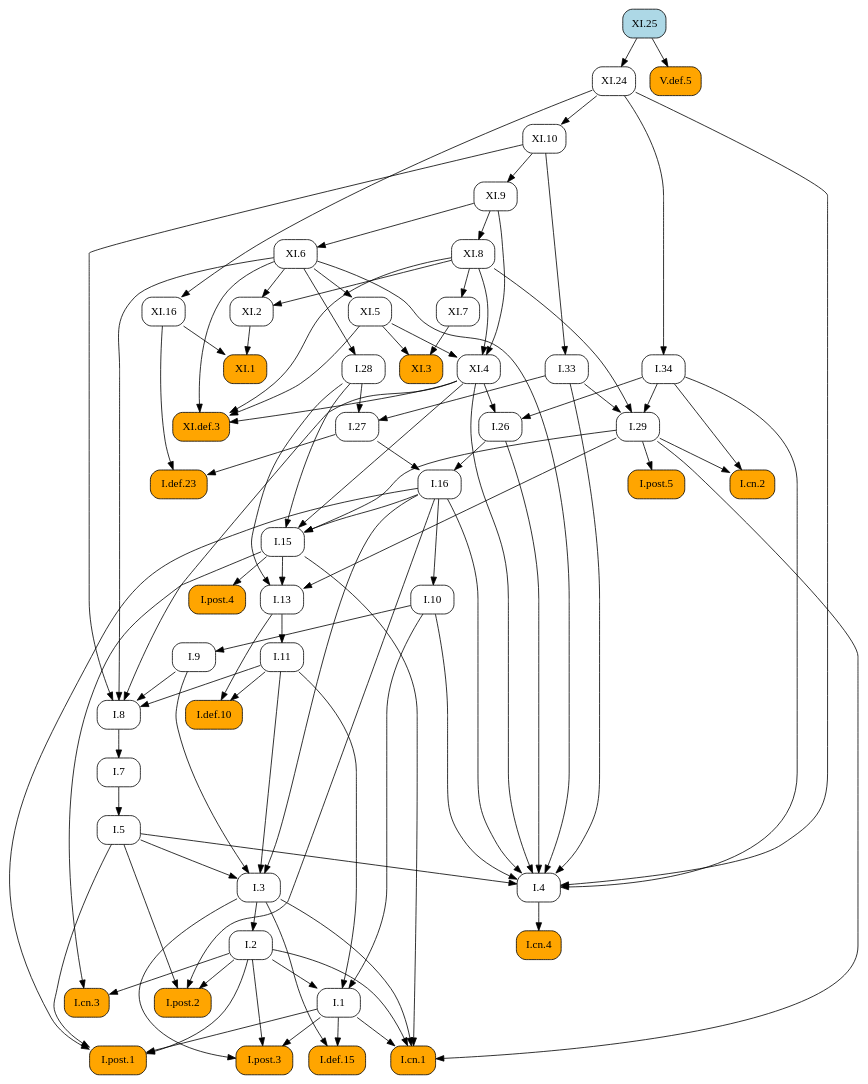
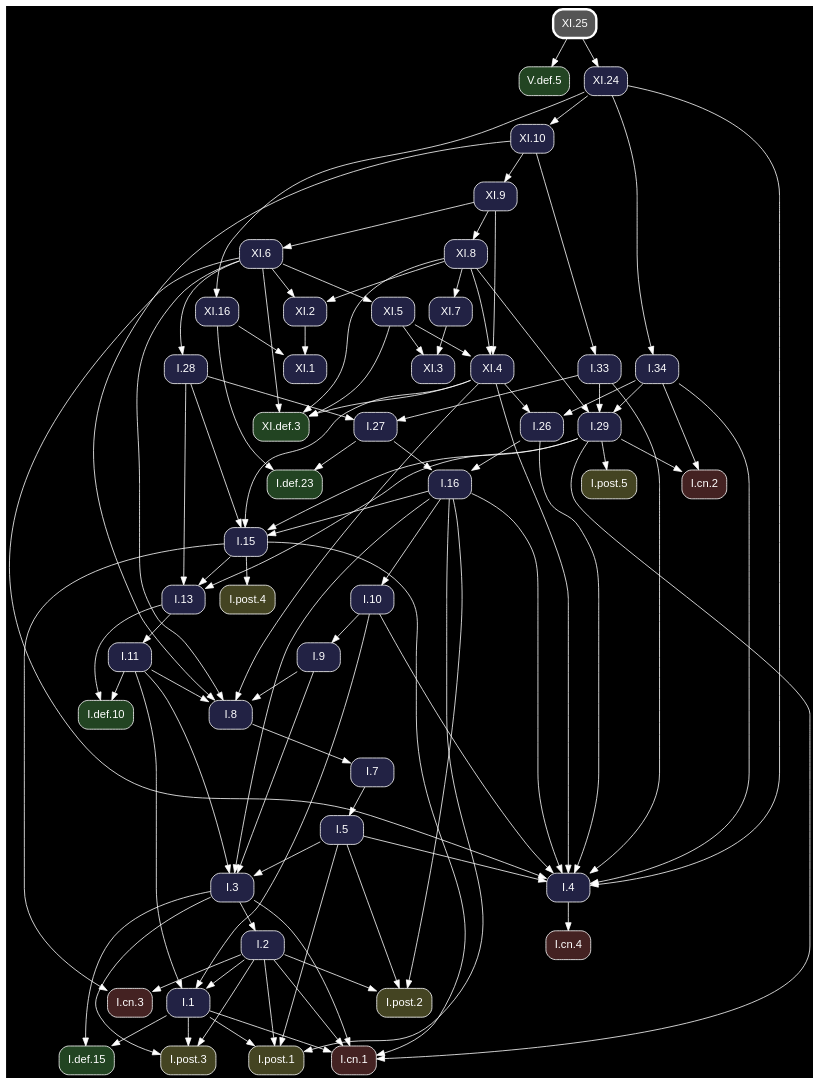
Before and after one commit to geometor/elements: the diagram in docsrc/heath/XI/25/index.rst, drawn with Graphviz. The commit also changed other lines of this file and 1200 other files, not shown here.

Commit message:
update dependency graphs

```diff
--- a/docsrc/heath/XI/25/index.rst
+++ b/docsrc/heath/XI/25/index.rst
@@ -46,102 +46,105 @@
 .. graphviz::
 
    digraph {
+     bgcolor="black";
+     node [shape=box, style="rounded,filled", fontname="Helvetica", color="white", fontcolor="white"];
+     edge [color="white", fontcolor="white"];
      rankdir="TB";
-     node [shape=box, style=rounded];
-     "I.9" [URL="/heath/I/9/", target="_top"];
-     "I.33" [URL="/heath/I/33/", target="_top"];
-     "XI.4" [URL="/heath/XI/4/", target="_top"];
-     "I.def.15" [style="rounded,filled", fillcolor=orange, URL="/heath/I/def.15/", target="_top"];
-     "XI.8" [URL="/heath/XI/8/", target="_top"];
-     "XI.24" [URL="/heath/XI/24/", target="_top"];
-     "XI.6" [URL="/heath/XI/6/", target="_top"];
-     "I.post.3" [style="rounded,filled", fillcolor=orange, URL="/heath/I/post.3/", target="_top"];
-     "I.post.1" [style="rounded,filled", fillcolor=orange, URL="/heath/I/post.1/", target="_top"];
-     "V.def.5" [style="rounded,filled", fillcolor=orange, URL="/heath/V/def.5/", target="_top"];
-     "XI.3" [style="rounded,filled", fillcolor=orange, URL="/heath/XI/3/", target="_top"];
-     "I.def.10" [style="rounded,filled", fillcolor=orange, URL="/heath/I/def.10/", target="_top"];
-     "XI.def.3" [style="rounded,filled", fillcolor=orange, URL="/heath/XI/def.3/", target="_top"];
-     "XI.10" [URL="/heath/XI/10/", target="_top"];
-     "I.27" [URL="/heath/I/27/", target="_top"];
-     "I.34" [URL="/heath/I/34/", target="_top"];
-     "XI.2" [URL="/heath/XI/2/", target="_top"];
-     "I.3" [URL="/heath/I/3/", target="_top"];
-     "XI.7" [URL="/heath/XI/7/", target="_top"];
-     "I.cn.1" [style="rounded,filled", fillcolor=orange, URL="/heath/I/cn.1/", target="_top"];
-     "I.7" [URL="/heath/I/7/", target="_top"];
-     "I.2" [URL="/heath/I/2/", target="_top"];
-     "I.13" [URL="/heath/I/13/", target="_top"];
-     "I.post.4" [style="rounded,filled", fillcolor=orange, URL="/heath/I/post.4/", target="_top"];
-     "I.4" [URL="/heath/I/4/", target="_top"];
-     "I.1" [URL="/heath/I/1/", target="_top"];
-     "XI.16" [URL="/heath/XI/16/", target="_top"];
-     "I.5" [URL="/heath/I/5/", target="_top"];
-     "I.8" [URL="/heath/I/8/", target="_top"];
-     "I.29" [URL="/heath/I/29/", target="_top"];
-     "I.cn.3" [style="rounded,filled", fillcolor=orange, URL="/heath/I/cn.3/", target="_top"];
-     "XI.5" [URL="/heath/XI/5/", target="_top"];
-     "I.16" [URL="/heath/I/16/", target="_top"];
-     "I.15" [URL="/heath/I/15/", target="_top"];
-     "I.10" [URL="/heath/I/10/", target="_top"];
-     "I.11" [URL="/heath/I/11/", target="_top"];
-     "I.def.23" [style="rounded,filled", fillcolor=orange, URL="/heath/I/def.23/", target="_top"];
-     "XI.9" [URL="/heath/XI/9/", target="_top"];
-     "I.cn.2" [style="rounded,filled", fillcolor=orange, URL="/heath/I/cn.2/", target="_top"];
-     "I.post.5" [style="rounded,filled", fillcolor=orange, URL="/heath/I/post.5/", target="_top"];
-     "I.28" [URL="/heath/I/28/", target="_top"];
-     "I.cn.4" [style="rounded,filled", fillcolor=orange, URL="/heath/I/cn.4/", target="_top"];
-     "XI.1" [style="rounded,filled", fillcolor=orange, URL="/heath/XI/1/", target="_top"];
-     "I.post.2" [style="rounded,filled", fillcolor=orange, URL="/heath/I/post.2/", target="_top"];
-     "I.26" [URL="/heath/I/26/", target="_top"];
-     "XI.25" [style="rounded,filled", fillcolor=lightblue, URL="/heath/XI/25/", target="_top"];
-     "I.10" -> "I.9";
-     "XI.10" -> "I.33";
-     "XI.5" -> "XI.4";
-     "XI.8" -> "XI.4";
-     "XI.9" -> "XI.4";
-     "I.1" -> "I.def.15";
-     "I.3" -> "I.def.15";
+     "V.def.5" [fillcolor="#224422", URL="/heath/V/def.5/", target="_top"];
+     "XI.7" [fillcolor="#222244", URL="/heath/XI/7/", target="_top"];
+     "XI.8" [fillcolor="#222244", URL="/heath/XI/8/", target="_top"];
+     "I.3" [fillcolor="#222244", URL="/heath/I/3/", target="_top"];
+     "I.cn.1" [fillcolor="#442222", URL="/heath/I/cn.1/", target="_top"];
+     "XI.def.3" [fillcolor="#224422", URL="/heath/XI/def.3/", target="_top"];
+     "I.def.10" [fillcolor="#224422", URL="/heath/I/def.10/", target="_top"];
+     "I.15" [fillcolor="#222244", URL="/heath/I/15/", target="_top"];
+     "XI.5" [fillcolor="#222244", URL="/heath/XI/5/", target="_top"];
+     "I.28" [fillcolor="#222244", URL="/heath/I/28/", target="_top"];
+     "I.13" [fillcolor="#222244", URL="/heath/I/13/", target="_top"];
+     "I.27" [fillcolor="#222244", URL="/heath/I/27/", target="_top"];
+     "I.2" [fillcolor="#222244", URL="/heath/I/2/", target="_top"];
+     "XI.3" [fillcolor="#222244", URL="/heath/XI/3/", target="_top"];
+     "I.cn.2" [fillcolor="#442222", URL="/heath/I/cn.2/", target="_top"];
+     "XI.1" [fillcolor="#222244", URL="/heath/XI/1/", target="_top"];
+     "I.9" [fillcolor="#222244", URL="/heath/I/9/", target="_top"];
+     "I.1" [fillcolor="#222244", URL="/heath/I/1/", target="_top"];
+     "I.post.5" [fillcolor="#444422", URL="/heath/I/post.5/", target="_top"];
+     "I.post.4" [fillcolor="#444422", URL="/heath/I/post.4/", target="_top"];
+     "I.26" [fillcolor="#222244", URL="/heath/I/26/", target="_top"];
+     "I.8" [fillcolor="#222244", URL="/heath/I/8/", target="_top"];
+     "I.4" [fillcolor="#222244", URL="/heath/I/4/", target="_top"];
+     "XI.24" [fillcolor="#222244", URL="/heath/XI/24/", target="_top"];
+     "I.7" [fillcolor="#222244", URL="/heath/I/7/", target="_top"];
+     "I.5" [fillcolor="#222244", URL="/heath/I/5/", target="_top"];
+     "XI.16" [fillcolor="#222244", URL="/heath/XI/16/", target="_top"];
+     "I.10" [fillcolor="#222244", URL="/heath/I/10/", target="_top"];
+     "I.post.1" [fillcolor="#444422", URL="/heath/I/post.1/", target="_top"];
+     "XI.25" [penwidth=3, color="white", fillcolor="#555555", URL="/heath/XI/25/", target="_top"];
+     "I.11" [fillcolor="#222244", URL="/heath/I/11/", target="_top"];
+     "I.16" [fillcolor="#222244", URL="/heath/I/16/", target="_top"];
+     "I.cn.3" [fillcolor="#442222", URL="/heath/I/cn.3/", target="_top"];
+     "XI.9" [fillcolor="#222244", URL="/heath/XI/9/", target="_top"];
+     "I.29" [fillcolor="#222244", URL="/heath/I/29/", target="_top"];
+     "I.post.2" [fillcolor="#444422", URL="/heath/I/post.2/", target="_top"];
+     "I.cn.4" [fillcolor="#442222", URL="/heath/I/cn.4/", target="_top"];
+     "I.def.23" [fillcolor="#224422", URL="/heath/I/def.23/", target="_top"];
+     "I.post.3" [fillcolor="#444422", URL="/heath/I/post.3/", target="_top"];
+     "I.33" [fillcolor="#222244", URL="/heath/I/33/", target="_top"];
+     "I.34" [fillcolor="#222244", URL="/heath/I/34/", target="_top"];
+     "XI.10" [fillcolor="#222244", URL="/heath/XI/10/", target="_top"];
+     "I.def.15" [fillcolor="#224422", URL="/heath/I/def.15/", target="_top"];
+     "XI.4" [fillcolor="#222244", URL="/heath/XI/4/", target="_top"];
+     "XI.2" [fillcolor="#222244", URL="/heath/XI/2/", target="_top"];
+     "XI.6" [fillcolor="#222244", URL="/heath/XI/6/", target="_top"];
+     "XI.25" -> "V.def.5";
+     "XI.8" -> "XI.7";
      "XI.9" -> "XI.8";
-     "XI.25" -> "XI.24";
-     "XI.9" -> "XI.6";
-     "I.1" -> "I.post.3";
-     "I.2" -> "I.post.3";
-     "I.3" -> "I.post.3";
-     "I.1" -> "I.post.1";
-     "I.2" -> "I.post.1";
-     "I.5" -> "I.post.1";
-     "I.16" -> "I.post.1";
-     "XI.25" -> "V.def.5";
-     "XI.5" -> "XI.3";
-     "XI.7" -> "XI.3";
-     "I.11" -> "I.def.10";
-     "I.13" -> "I.def.10";
-     "XI.4" -> "XI.def.3";
-     "XI.5" -> "XI.def.3";
-     "XI.6" -> "XI.def.3";
-     "XI.8" -> "XI.def.3";
-     "XI.24" -> "XI.10";
-     "I.28" -> "I.27";
-     "I.33" -> "I.27";
-     "XI.24" -> "I.34";
-     "XI.6" -> "XI.2";
-     "XI.8" -> "XI.2";
      "I.5" -> "I.3";
      "I.9" -> "I.3";
      "I.11" -> "I.3";
      "I.16" -> "I.3";
-     "XI.8" -> "XI.7";
      "I.1" -> "I.cn.1";
      "I.2" -> "I.cn.1";
      "I.3" -> "I.cn.1";
      "I.15" -> "I.cn.1";
      "I.29" -> "I.cn.1";
-     "I.8" -> "I.7";
-     "I.3" -> "I.2";
+     "XI.4" -> "XI.def.3";
+     "XI.5" -> "XI.def.3";
+     "XI.6" -> "XI.def.3";
+     "XI.8" -> "XI.def.3";
+     "I.11" -> "I.def.10";
+     "I.13" -> "I.def.10";
+     "I.16" -> "I.15";
+     "I.28" -> "I.15";
+     "I.29" -> "I.15";
+     "XI.4" -> "I.15";
+     "XI.6" -> "XI.5";
+     "XI.6" -> "I.28";
      "I.15" -> "I.13";
      "I.28" -> "I.13";
      "I.29" -> "I.13";
+     "I.28" -> "I.27";
+     "I.33" -> "I.27";
+     "I.3" -> "I.2";
+     "XI.5" -> "XI.3";
+     "XI.7" -> "XI.3";
+     "I.29" -> "I.cn.2";
+     "I.34" -> "I.cn.2";
+     "XI.2" -> "XI.1";
+     "XI.16" -> "XI.1";
+     "I.10" -> "I.9";
+     "I.2" -> "I.1";
+     "I.10" -> "I.1";
+     "I.11" -> "I.1";
+     "I.29" -> "I.post.5";
      "I.15" -> "I.post.4";
+     "I.34" -> "I.26";
+     "XI.4" -> "I.26";
+     "I.9" -> "I.8";
+     "I.11" -> "I.8";
+     "XI.4" -> "I.8";
+     "XI.6" -> "I.8";
+     "XI.10" -> "I.8";
      "I.5" -> "I.4";
      "I.10" -> "I.4";
      "I.16" -> "I.4";
@@ -151,43 +154,42 @@
      "XI.4" -> "I.4";
      "XI.6" -> "I.4";
      "XI.24" -> "I.4";
-     "I.2" -> "I.1";
-     "I.10" -> "I.1";
-     "I.11" -> "I.1";
+     "XI.25" -> "XI.24";
+     "I.8" -> "I.7";
+     "I.7" -> "I.5";
      "XI.24" -> "XI.16";
-     "I.7" -> "I.5";
-     "I.9" -> "I.8";
-     "I.11" -> "I.8";
-     "XI.4" -> "I.8";
-     "XI.6" -> "I.8";
-     "XI.10" -> "I.8";
+     "I.16" -> "I.10";
+     "I.1" -> "I.post.1";
+     "I.2" -> "I.post.1";
+     "I.5" -> "I.post.1";
+     "I.16" -> "I.post.1";
+     "I.13" -> "I.11";
+     "I.26" -> "I.16";
+     "I.27" -> "I.16";
+     "I.2" -> "I.cn.3";
+     "I.15" -> "I.cn.3";
+     "XI.10" -> "XI.9";
      "I.33" -> "I.29";
      "I.34" -> "I.29";
      "XI.8" -> "I.29";
-     "I.2" -> "I.cn.3";
-     "I.15" -> "I.cn.3";
-     "XI.6" -> "XI.5";
-     "I.26" -> "I.16";
-     "I.27" -> "I.16";
-     "I.16" -> "I.15";
-     "I.28" -> "I.15";
-     "I.29" -> "I.15";
-     "XI.4" -> "I.15";
-     "I.16" -> "I.10";
-     "I.13" -> "I.11";
-     "I.27" -> "I.def.23";
-     "XI.16" -> "I.def.23";
-     "XI.10" -> "XI.9";
-     "I.29" -> "I.cn.2";
-     "I.34" -> "I.cn.2";
-     "I.29" -> "I.post.5";
-     "XI.6" -> "I.28";
-     "I.4" -> "I.cn.4";
-     "XI.2" -> "XI.1";
-     "XI.16" -> "XI.1";
      "I.2" -> "I.post.2";
      "I.5" -> "I.post.2";
      "I.16" -> "I.post.2";
-     "I.34" -> "I.26";
-     "XI.4" -> "I.26";
+     "I.4" -> "I.cn.4";
+     "I.27" -> "I.def.23";
+     "XI.16" -> "I.def.23";
+     "I.1" -> "I.post.3";
+     "I.2" -> "I.post.3";
+     "I.3" -> "I.post.3";
+     "XI.10" -> "I.33";
+     "XI.24" -> "I.34";
+     "XI.24" -> "XI.10";
+     "I.1" -> "I.def.15";
+     "I.3" -> "I.def.15";
+     "XI.5" -> "XI.4";
+     "XI.8" -> "XI.4";
+     "XI.9" -> "XI.4";
+     "XI.6" -> "XI.2";
+     "XI.8" -> "XI.2";
+     "XI.9" -> "XI.6";
    }
```
